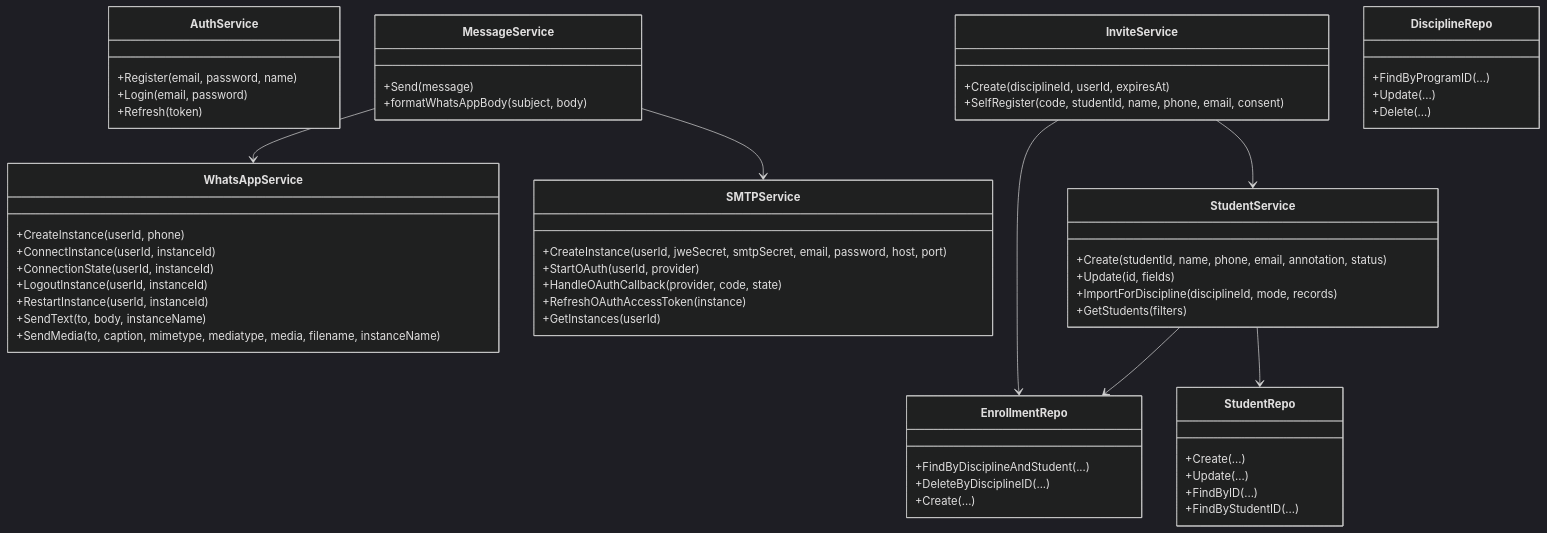
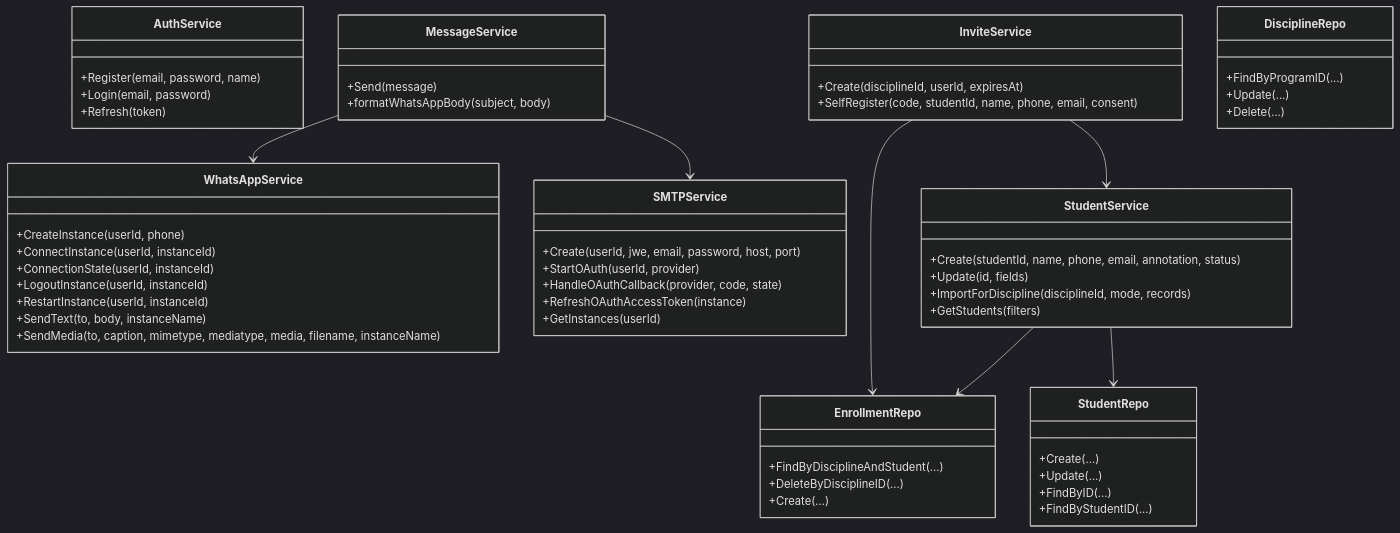
The fifth of 8 diagrams in README.md (ThalysSilva/unicast-backend), drawn with Mermaid (dark theme) before and after one commit. The commit also changed other lines of this file, not shown here.

````diff
--- a/README.md
+++ b/README.md
@@ -269,61 +314,61 @@
 ```mermaid
 classDiagram
     class AuthService {
       +Register(email, password, name)
       +Login(email, password)
       +Refresh(token)
     }
     class InviteService {
       +Create(disciplineId, userId, expiresAt)
       +SelfRegister(code, studentId, name, phone, email, consent)
     }
     class MessageService {
       +Send(message)
       +formatWhatsAppBody(subject, body)
     }
     class WhatsAppService {
       +CreateInstance(userId, phone)
       +ConnectInstance(userId, instanceId)
       +ConnectionState(userId, instanceId)
       +LogoutInstance(userId, instanceId)
       +RestartInstance(userId, instanceId)
       +SendText(to, body, instanceName)
       +SendMedia(to, caption, mimetype, mediatype, media, filename, instanceName)
     }
     class SMTPService {
-      +CreateInstance(userId, jweSecret, smtpSecret, email, password, host, port)
+      +Create(userId, jwe, email, password, host, port)
       +StartOAuth(userId, provider)
       +HandleOAuthCallback(provider, code, state)
       +RefreshOAuthAccessToken(instance)
       +GetInstances(userId)
     }
     class StudentService {
       +Create(studentId, name, phone, email, annotation, status)
       +Update(id, fields)
       +ImportForDiscipline(disciplineId, mode, records)
       +GetStudents(filters)
     }
     class EnrollmentRepo {
       +FindByDisciplineAndStudent(...)
       +DeleteByDisciplineID(...)
       +Create(...)
     }
     class StudentRepo {
       +Create(...)
       +Update(...)
       +FindByID(...)
       +FindByStudentID(...)
     }
     class DisciplineRepo {
       +FindByProgramID(...)
       +Update(...)
       +Delete(...)
     }
 
     MessageService --> WhatsAppService
     MessageService --> SMTPService
     InviteService --> EnrollmentRepo
     InviteService --> StudentService
     StudentService --> StudentRepo
     StudentService --> EnrollmentRepo
 ```
````
